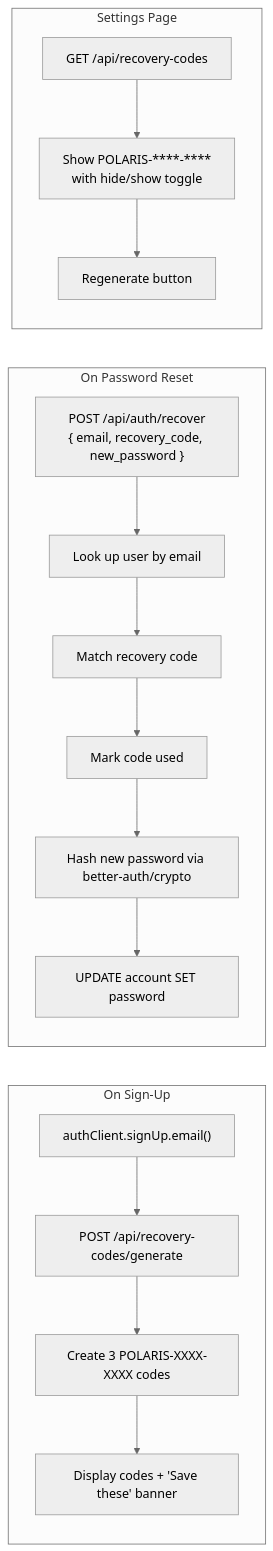
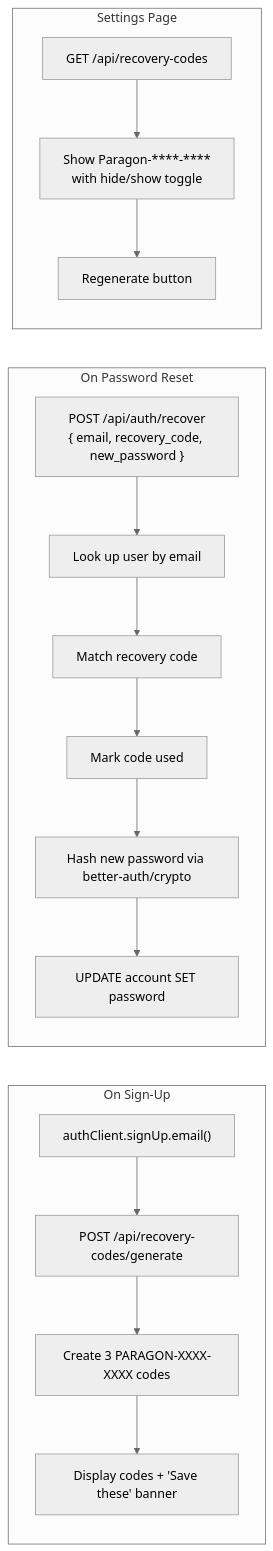
Before and after one commit to Zyxavy/Polaris: diagram 13 of 21 in docs/system-design.md, drawn with Mermaid (neutral theme). The commit also changed other lines of this file and 60 other files, not shown here.

````diff
--- a/docs/system-design.md
+++ b/docs/system-design.md
@@ -595,27 +595,27 @@
 ```mermaid
 flowchart LR
     subgraph SignUp["On Sign-Up"]
         A1["authClient.signUp.email()"]
         A2["POST /api/recovery-codes/generate"]
-        A3["Create 3 POLARIS-XXXX-XXXX codes"]
+        A3["Create 3 PARAGON-XXXX-XXXX codes"]
         A4["Display codes + 'Save these' banner"]
         A1 --> A2 --> A3 --> A4
     end
 
     subgraph Recovery["On Password Reset"]
         B1["POST /api/auth/recover<br/>{ email, recovery_code, new_password }"]
         B2["Look up user by email"]
         B3["Match recovery code"]
         B4["Mark code used"]
         B5["Hash new password via better-auth/crypto"]
         B6["UPDATE account SET password"]
         B1 --> B2 --> B3 --> B4 --> B5 --> B6
     end
 
     subgraph Settings["Settings Page"]
         C1["GET /api/recovery-codes"]
-        C2["Show POLARIS-****-****<br/>with hide/show toggle"]
+        C2["Show Paragon-****-****<br/>with hide/show toggle"]
         C3["Regenerate button"]
         C1 --> C2 --> C3
     end
 ```
````
